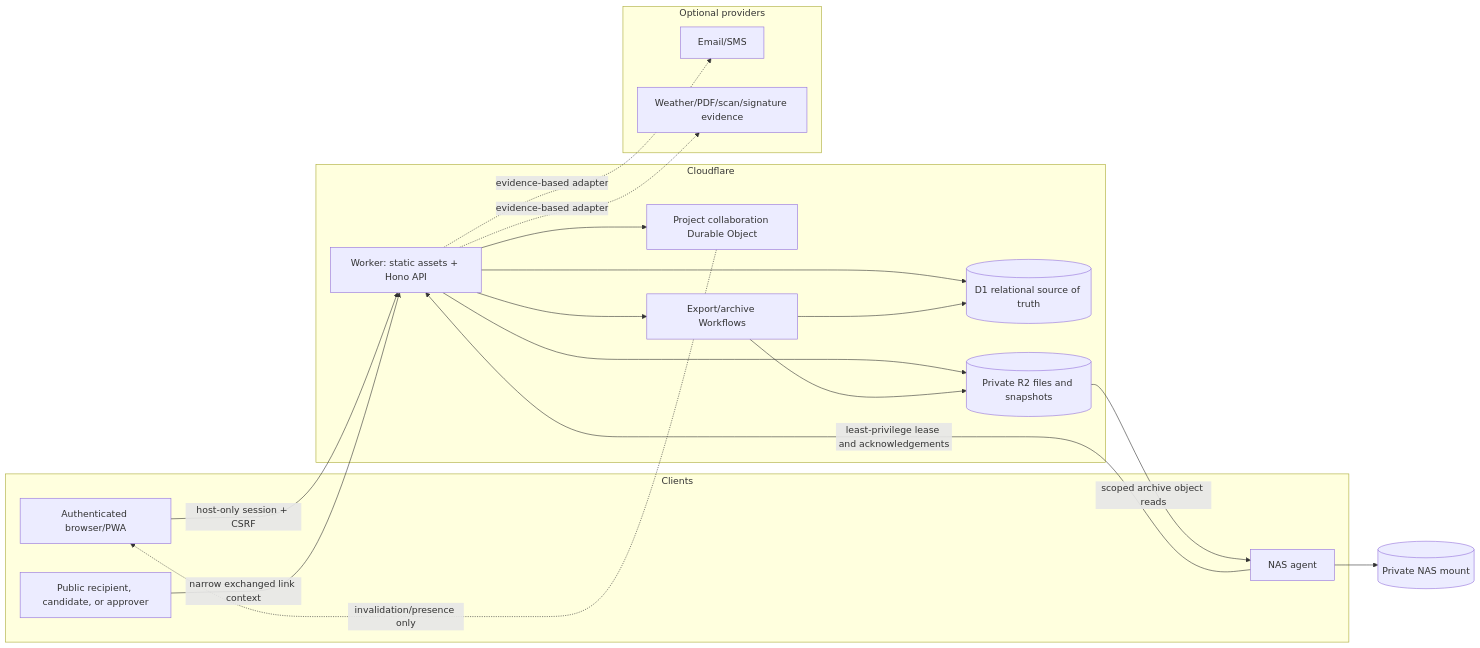
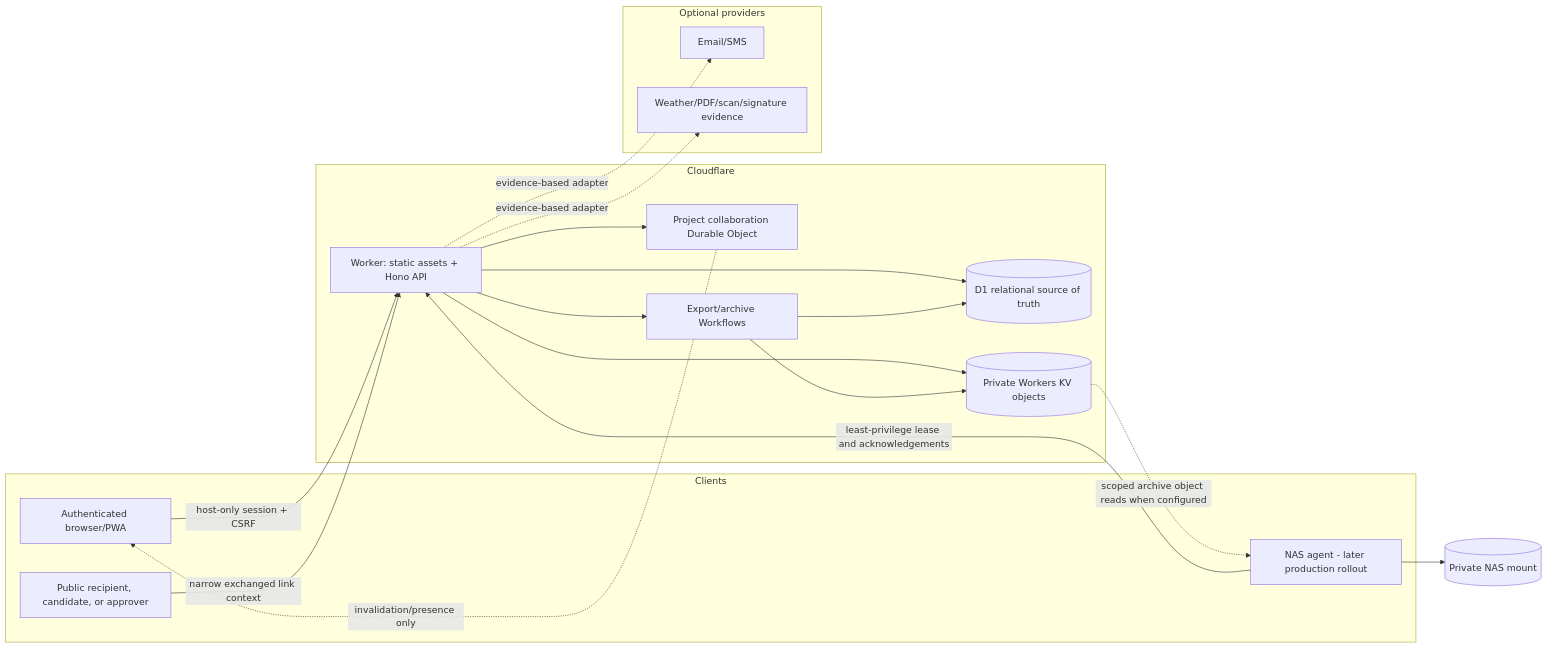
One commit to OwenVerhoeven/SinbodWayne-Productions changed the diagram in docs/architecture.md. Above: the diagram before and after it, drawn with Mermaid. The commit also changed other lines of this file and 40 other files, not shown here.

````diff
--- a/docs/architecture.md
+++ b/docs/architecture.md
@@ -11,36 +11,36 @@
 ```mermaid
 flowchart LR
   subgraph Clients
     B[Authenticated browser/PWA]
     P[Public recipient, candidate, or approver]
-    N[NAS agent]
+    N[NAS agent - later production rollout]
   end
 
   subgraph Cloudflare
     W[Worker: static assets + Hono API]
     D[(D1 relational source of truth)]
-    R[(Private R2 files and snapshots)]
+    K[(Private Workers KV objects)]
     O[Project collaboration Durable Object]
     F[Export/archive Workflows]
   end
 
   subgraph Optional providers
     E[Email/SMS]
     H[Weather/PDF/scan/signature evidence]
   end
 
   B -->|host-only session + CSRF| W
   P -->|narrow exchanged link context| W
   N -->|least-privilege lease and acknowledgements| W
   W --> D
-  W --> R
+  W --> K
   W --> O
   W --> F
   F --> D
-  F --> R
+  F --> K
   W -. evidence-based adapter .-> E
   W -. evidence-based adapter .-> H
   O -. invalidation/presence only .-> B
-  R -->|scoped archive object reads| N
+  K -.->|scoped archive object reads when configured| N
   N --> NAS[(Private NAS mount)]
 ```
````
